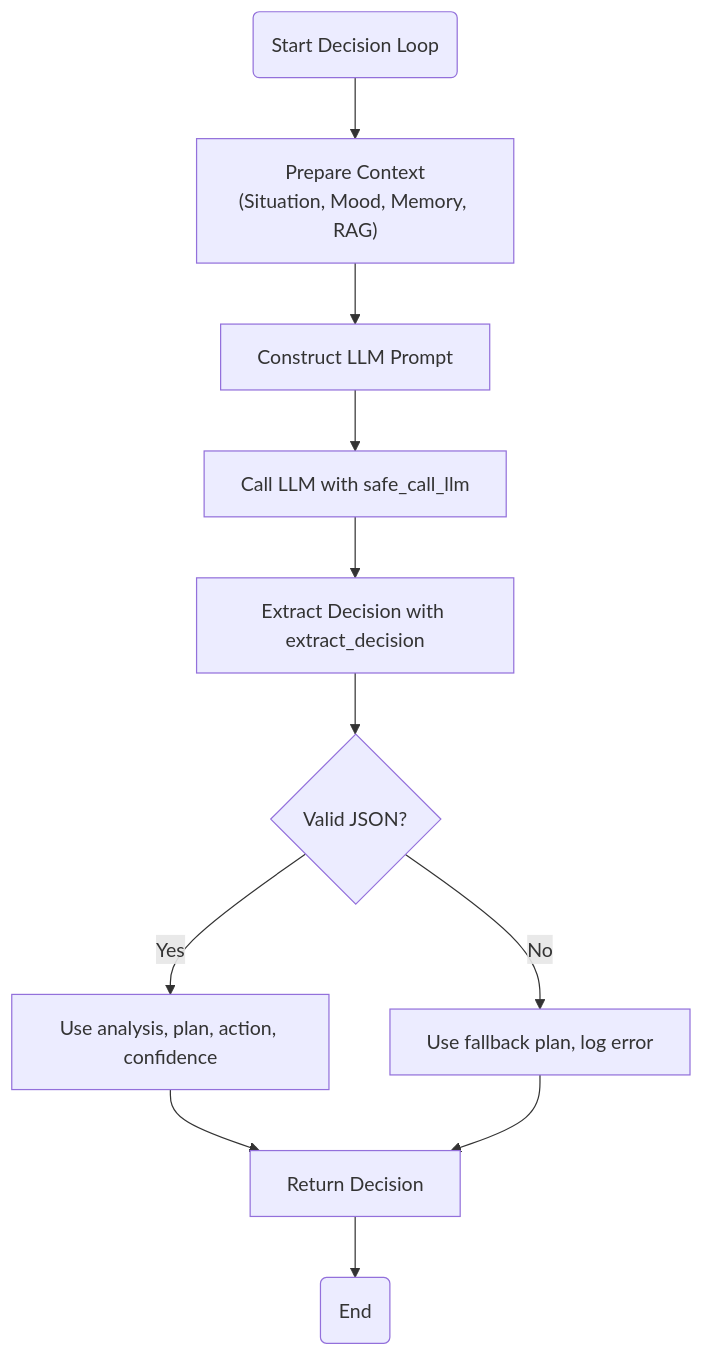
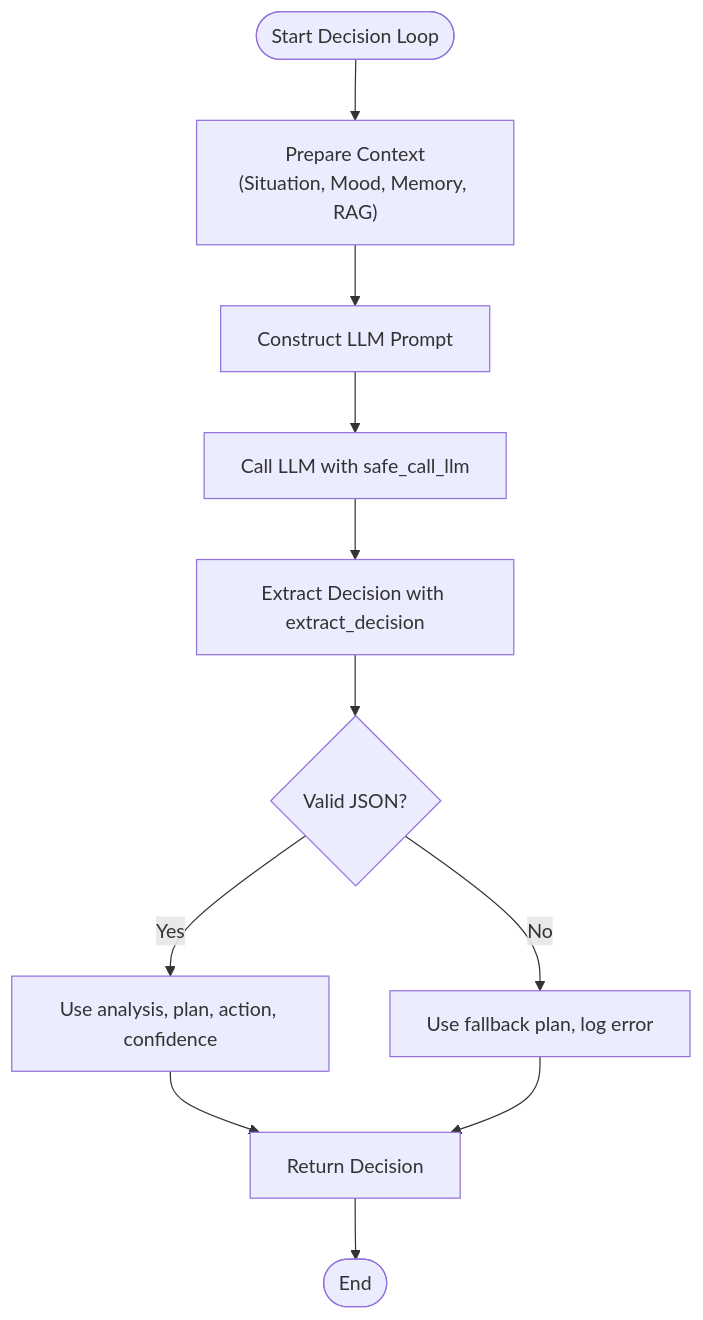
The fourth of 8 diagrams in docs/Decision-Making System.md (Likhithsai2580/RAVANA-WIKI), drawn with Mermaid before and after one commit. The commit also changed other lines of this file and 78 other files, not shown here.

````diff
--- a/docs/Decision-Making System.md
+++ b/docs/Decision-Making System.md
@@ -167,14 +164,13 @@
 ```mermaid
 flowchart TD
-Start("Start Decision Loop") --> PrepareContext["Prepare Context<br/>(Situation, Mood, Memory, RAG)"]
+Start([Start Decision Loop]) --> PrepareContext["Prepare Context<br/>(Situation, Mood, Memory, RAG)"]
 PrepareContext --> ConstructPrompt["Construct LLM Prompt"]
 ConstructPrompt --> CallLLM["Call LLM with safe_call_llm"]
 CallLLM --> ExtractDecision["Extract Decision with extract_decision"]
 ExtractDecision --> ParseJSON{"Valid JSON?"}
 ParseJSON --> |Yes| UseData["Use analysis, plan, action, confidence"]
 ParseJSON --> |No| Fallback["Use fallback plan, log error"]
 UseData --> ReturnDecision["Return Decision"]
 Fallback --> ReturnDecision
-ReturnDecision --> End("End")
-
+ReturnDecision --> End([End])
 ```
````
